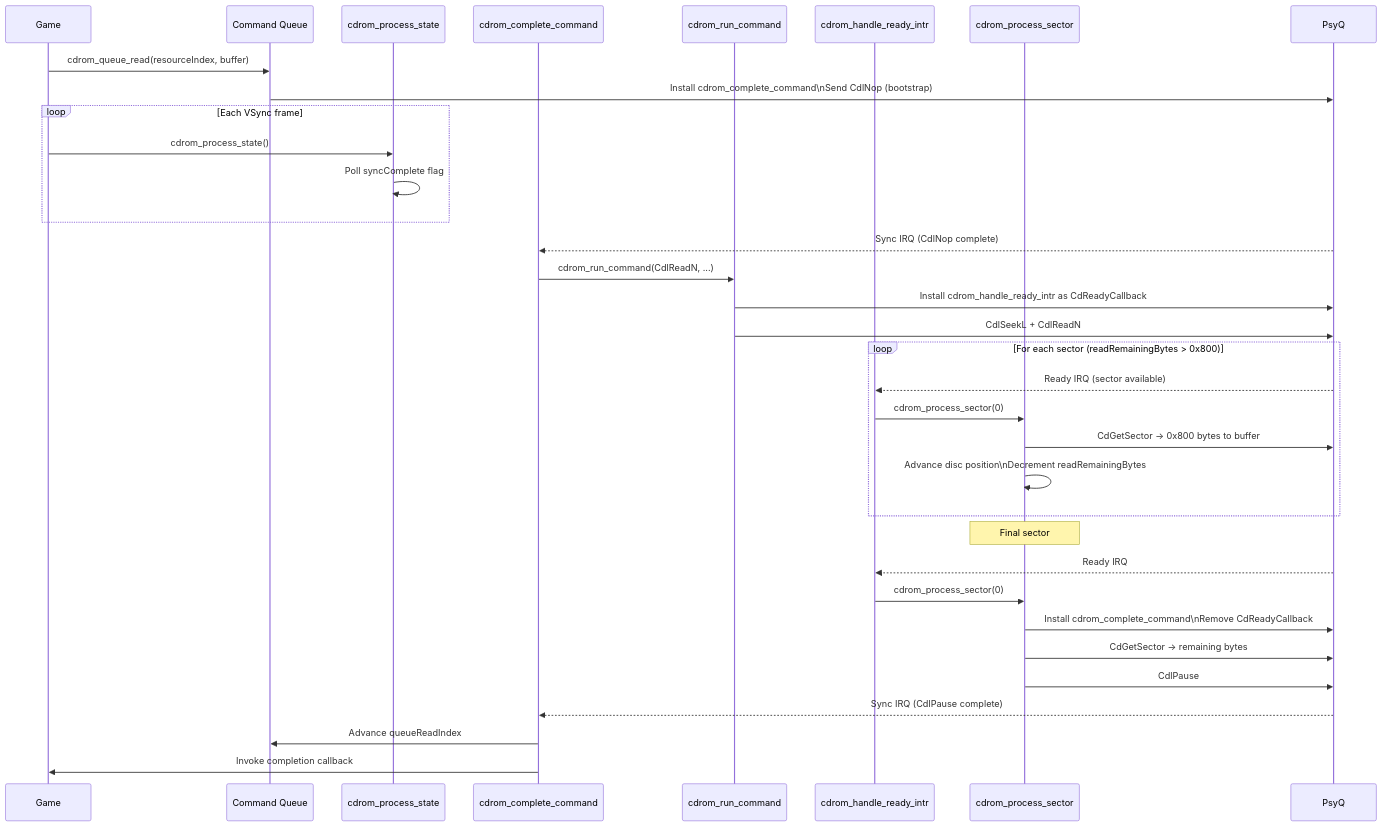
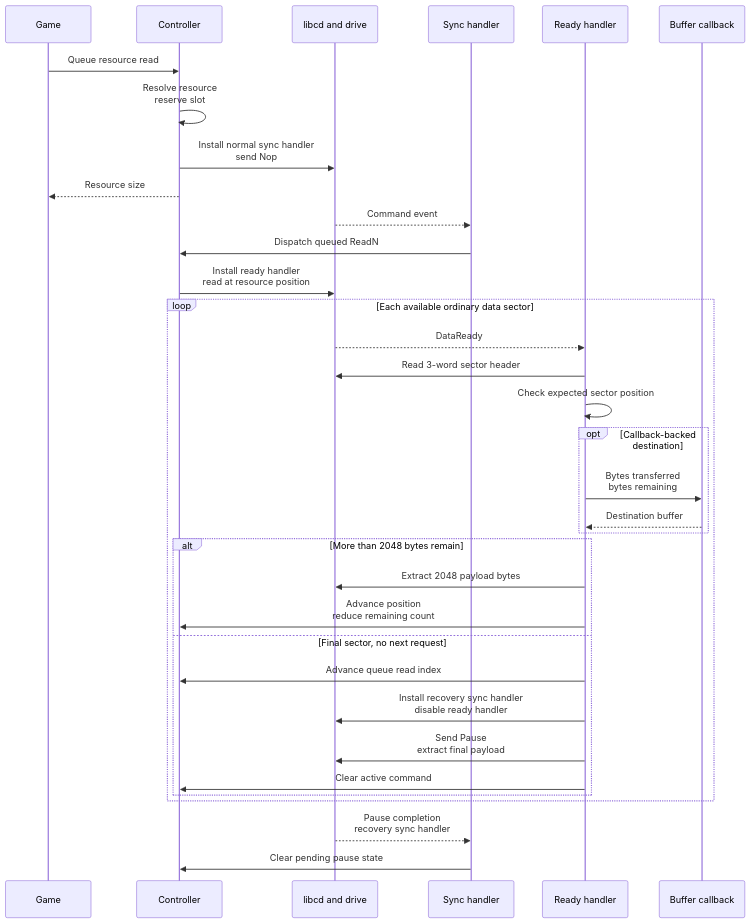
One commit to celophi/lom-decomp changed the second of 5 diagrams in docs/cd-system-architecture.md. Above: the diagram before and after it, drawn with Mermaid. The commit also changed other lines of this file and 4 other files, not shown here.

````diff
--- a/docs/cd-system-architecture.md
+++ b/docs/cd-system-architecture.md
@@ -236,42 +159,38 @@
 ```mermaid
 sequenceDiagram
     participant Game
-    participant Queue as Command Queue
-    participant PS as cdrom_process_state
-    participant CC as cdrom_complete_command
-    participant RC as cdrom_run_command
-    participant HRI as cdrom_handle_ready_intr
-    participant PSec as cdrom_process_sector
-    participant PsyQ
+    participant Core as Controller
+    participant SDK as libcd and drive
+    participant Sync as Sync handler
+    participant Ready as Ready handler
+    participant Provider as Buffer callback
 
-    Game->>Queue: cdrom_queue_read(resourceIndex, buffer)
-    Queue->>PsyQ: Install cdrom_complete_command\nSend CdlNop (bootstrap)
+    Game->>Core: Queue resource read
+    Core->>Core: Resolve resource<br/>reserve slot
+    Core->>SDK: Install normal sync handler<br/>send Nop
+    Core-->>Game: Resource size
+    SDK-->>Sync: Command event
+    Sync->>Core: Dispatch queued ReadN
+    Core->>SDK: Install ready handler<br/>read at resource position
 
-    loop Each VSync frame
-        Game->>PS: cdrom_process_state()
-        PS->>PS: Poll syncComplete flag
+    loop Each available ordinary data sector
+        SDK-->>Ready: DataReady
+        Ready->>SDK: Read 3-word sector header
+        Ready->>Ready: Check expected sector position
+        opt Callback-backed destination
+            Ready->>Provider: Bytes transferred<br/>bytes remaining
+            Provider-->>Ready: Destination buffer
+        end
+        alt More than 2048 bytes remain
+            Ready->>SDK: Extract 2048 payload bytes
+            Ready->>Core: Advance position<br/>reduce remaining count
+        else Final sector, no next request
+            Ready->>Core: Advance queue read index
+            Ready->>SDK: Install recovery sync handler<br/>disable ready handler
+            Ready->>SDK: Send Pause<br/>extract final payload
+            Ready->>Core: Clear active command
+        end
     end
-
-    PsyQ-->>CC: Sync IRQ (CdlNop complete)
-    CC->>RC: cdrom_run_command(CdlReadN, ...)
-    RC->>PsyQ: Install cdrom_handle_ready_intr as CdReadyCallback
-    RC->>PsyQ: CdlSeekL + CdlReadN
-
-    loop For each sector (readRemainingBytes > 0x800)
-        PsyQ-->>HRI: Ready IRQ (sector available)
-        HRI->>PSec: cdrom_process_sector(0)
-        PSec->>PsyQ: CdGetSector → 0x800 bytes to buffer
-        PSec->>PSec: Advance disc position\nDecrement readRemainingBytes
-    end
-
-    Note over PSec: Final sector
-    PsyQ-->>HRI: Ready IRQ
-    HRI->>PSec: cdrom_process_sector(0)
-    PSec->>PsyQ: Install cdrom_complete_command\nRemove CdReadyCallback
-    PSec->>PsyQ: CdGetSector → remaining bytes
-    PSec->>PsyQ: CdlPause
-
-    PsyQ-->>CC: Sync IRQ (CdlPause complete)
-    CC->>Queue: Advance queueReadIndex
-    CC->>Game: Invoke completion callback
+    SDK-->>Sync: Pause completion<br/>recovery sync handler
+    Sync->>Core: Clear pending pause state
 ```
````
